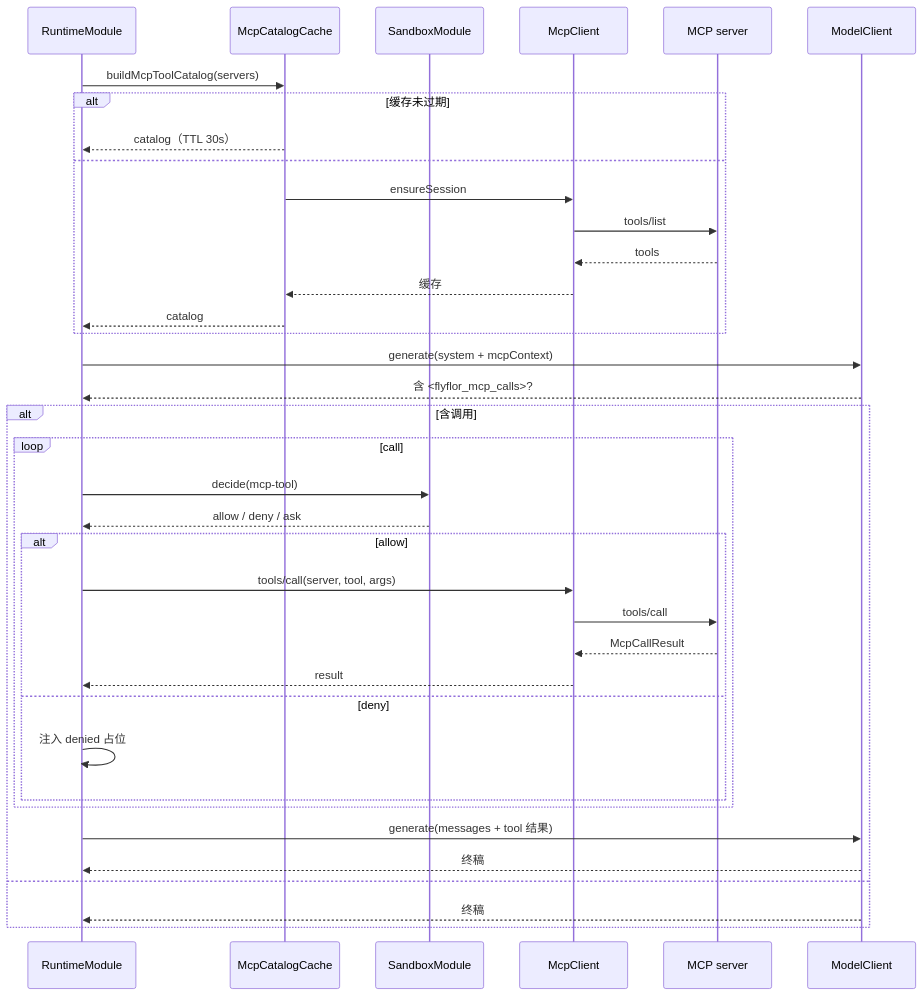
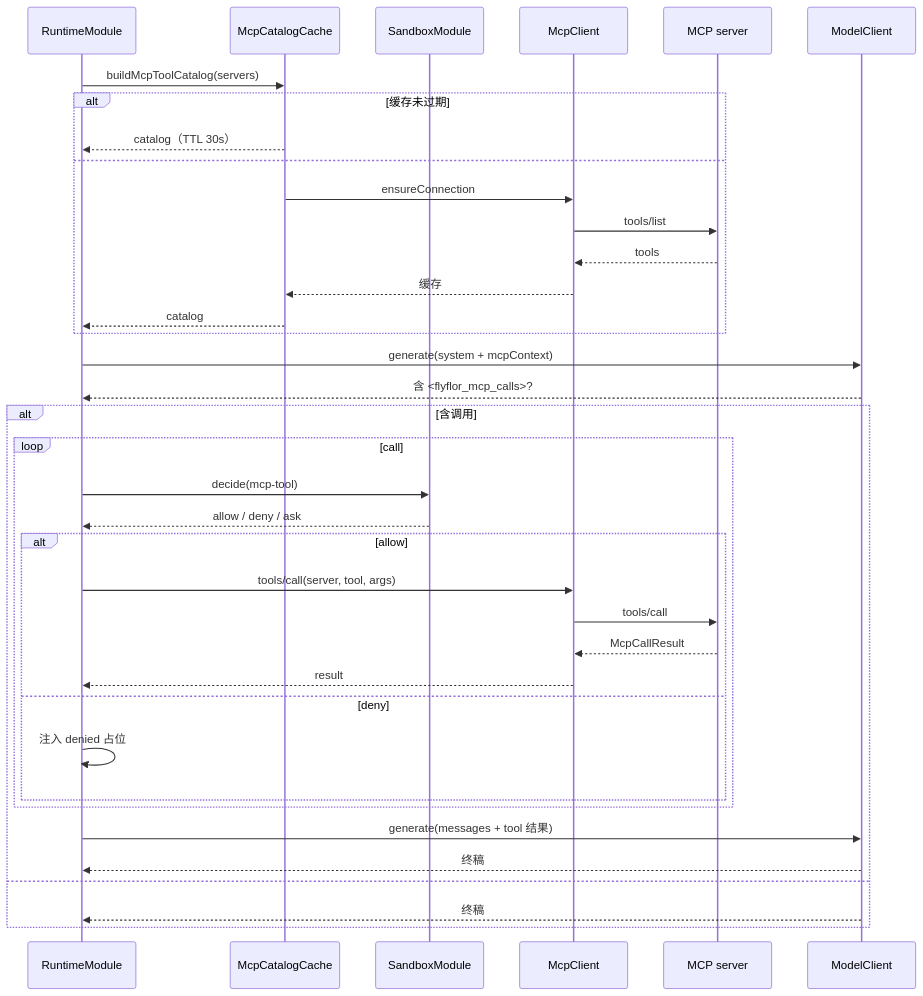
One commit to flyflor/flyflor changed the diagram in docs/mcp.tools.zh.cn.md. Above: the diagram before and after it, drawn with Mermaid. The commit also changed other lines of this file and 241 other files, not shown here.

````diff
--- a/docs/mcp.tools.zh.cn.md
+++ b/docs/mcp.tools.zh.cn.md
@@ -31,39 +31,39 @@
 ```mermaid
 sequenceDiagram
     participant RT as RuntimeModule
     participant Cat as McpCatalogCache
     participant SB as SandboxModule
     participant Cli as McpClient
     participant Srv as MCP server
     participant LLM as ModelClient
     RT->>Cat: buildMcpToolCatalog(servers)
     alt 缓存未过期
         Cat-->>RT: catalog（TTL 30s）
     else
-        Cat->>Cli: ensureSession
+        Cat->>Cli: ensureConnection
         Cli->>Srv: tools/list
         Srv-->>Cli: tools
         Cli-->>Cat: 缓存
         Cat-->>RT: catalog
     end
     RT->>LLM: generate(system + mcpContext)
     LLM-->>RT: 含 <flyflor_mcp_calls>?
     alt 含调用
         loop call
             RT->>SB: decide(mcp-tool)
             SB-->>RT: allow / deny / ask
             alt allow
                 RT->>Cli: tools/call(server, tool, args)
                 Cli->>Srv: tools/call
                 Srv-->>Cli: McpCallResult
                 Cli-->>RT: result
             else deny
                 RT->>RT: 注入 denied 占位
             end
         end
         RT->>LLM: generate(messages + tool 结果)
         LLM-->>RT: 终稿
     else
         LLM-->>RT: 终稿
     end
 ```
````
